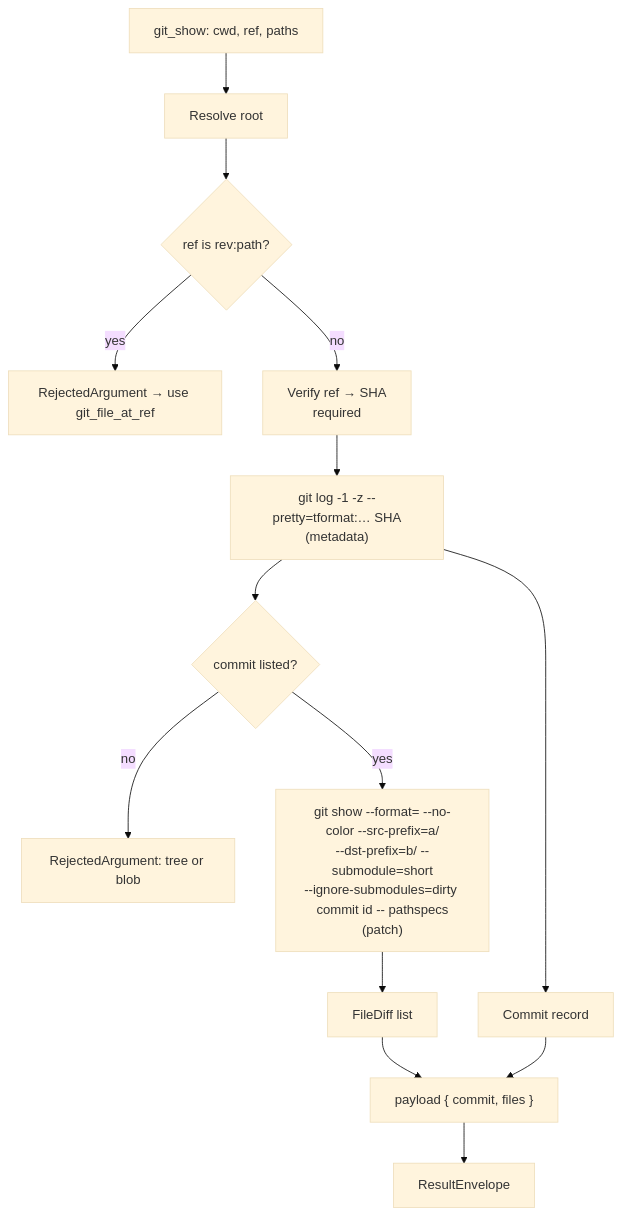
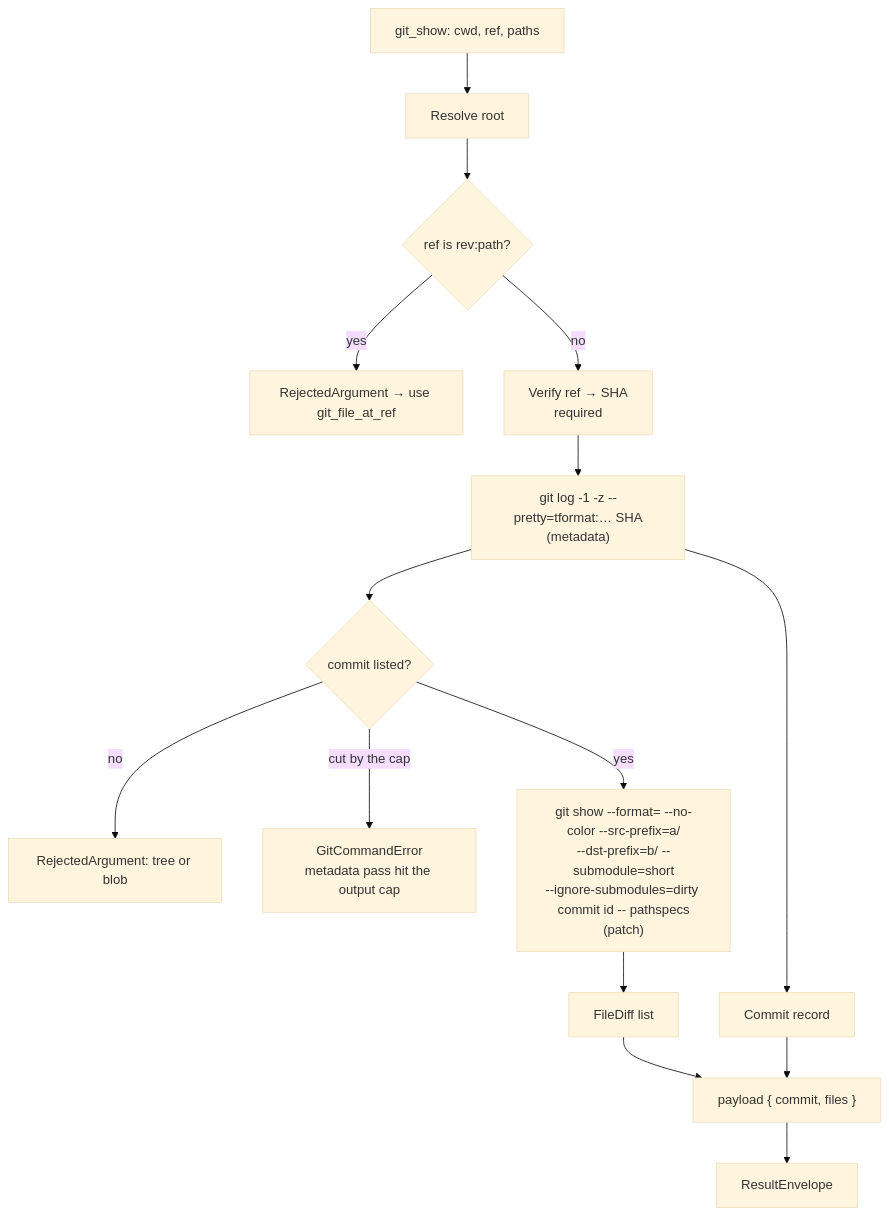
Before and after one commit to brenordv/mcp-toolset: the fifth of 15 diagrams in src/RaccoonNinja.McpToolset.Server.GitOps/README.md, drawn with Mermaid (base theme). The commit also changed other lines of this file and 20 other files, not shown here.

First line of the commit message:
**Frame git_grep records field by field, check the work tree's git directory, and leave out cut ids in git-ops 2.27.0**

````diff
--- a/src/RaccoonNinja.McpToolset.Server.GitOps/README.md
+++ b/src/RaccoonNinja.McpToolset.Server.GitOps/README.md
@@ -259,16 +264,17 @@
 ```mermaid
 flowchart TD
     A[git_show: cwd, ref, paths] --> B[Resolve root]
     B --> R{ref is rev:path?}
     R -- yes --> X[RejectedArgument → use git_file_at_ref]
     R -- no --> C[Verify ref → SHA<br/>required]
     C --> D["git log -1 -z --pretty=tformat:… SHA<br/>(metadata)"]
     D --> N{commit listed?}
     N -- no --> Y[RejectedArgument: tree or blob]
+    N -- cut by the cap --> Z[GitCommandError<br/>metadata pass hit the output cap]
     N -- yes --> E["git show --format= --no-color --src-prefix=a/<br/>--dst-prefix=b/ --submodule=short<br/>--ignore-submodules=dirty commit id -- pathspecs<br/>(patch)"]
     D --> F[Commit record]
     E --> G[FileDiff list]
     F --> H["payload { commit, files }"]
     G --> H
     H --> I[ResultEnvelope]
 ```
````
